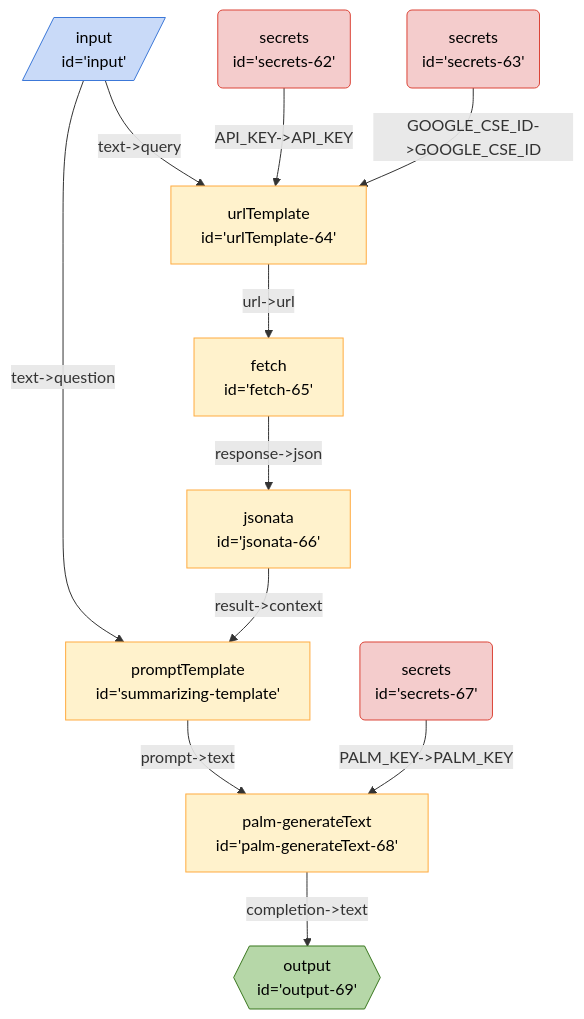
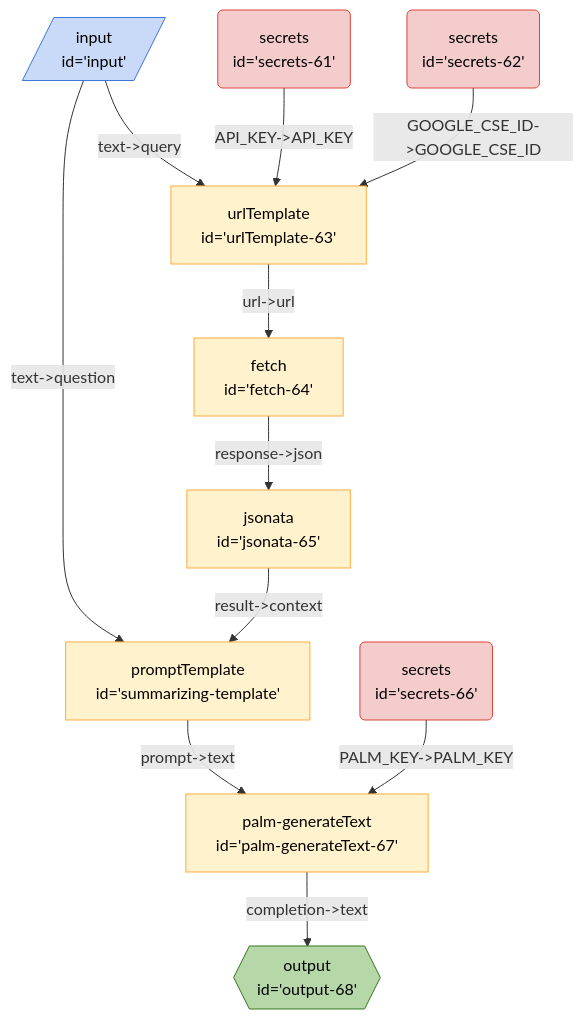
Before and after one commit to breadboard-ai/breadboard: the diagram in seeds/breadboard-web/docs/graphs/new/search-summarize.md, drawn with Mermaid. The commit also changed 16 other files, not shown here.

First line of the commit message:
[syntax] action, input, output accept Zod types

````diff
--- a/seeds/breadboard-web/docs/graphs/new/search-summarize.md
+++ b/seeds/breadboard-web/docs/graphs/new/search-summarize.md
@@ -3,22 +3,22 @@
 ```mermaid
 %%{init: 'themeVariables': { 'fontFamily': 'Fira Code, monospace' }}%%
 graph TD;
-palmgenerateText68["palm-generateText <br> id='palm-generateText-68'"] -- "completion->text" --> output69{{"output <br> id='output-69'"}}:::output
-summarizingtemplate["promptTemplate <br> id='summarizing-template'"] -- "prompt->text" --> palmgenerateText68["palm-generateText <br> id='palm-generateText-68'"]
-secrets67("secrets <br> id='secrets-67'"):::secrets -- "PALM_KEY->PALM_KEY" --> palmgenerateText68["palm-generateText <br> id='palm-generateText-68'"]
-input[/"input <br> id='input'"/]:::input -- "text->query" --> urlTemplate64["urlTemplate <br> id='urlTemplate-64'"]
+palmgenerateText67["palm-generateText <br> id='palm-generateText-67'"] -- "completion->text" --> output68{{"output <br> id='output-68'"}}:::output
+summarizingtemplate["promptTemplate <br> id='summarizing-template'"] -- "prompt->text" --> palmgenerateText67["palm-generateText <br> id='palm-generateText-67'"]
+secrets66("secrets <br> id='secrets-66'"):::secrets -- "PALM_KEY->PALM_KEY" --> palmgenerateText67["palm-generateText <br> id='palm-generateText-67'"]
+input[/"input <br> id='input'"/]:::input -- "text->query" --> urlTemplate63["urlTemplate <br> id='urlTemplate-63'"]
 input[/"input <br> id='input'"/]:::input -- "text->question" --> summarizingtemplate["promptTemplate <br> id='summarizing-template'"]
-jsonata66["jsonata <br> id='jsonata-66'"] -- "result->context" --> summarizingtemplate["promptTemplate <br> id='summarizing-template'"]
-urlTemplate64["urlTemplate <br> id='urlTemplate-64'"] -- "url->url" --> fetch65["fetch <br> id='fetch-65'"]
-fetch65["fetch <br> id='fetch-65'"] -- "response->json" --> jsonata66["jsonata <br> id='jsonata-66'"]
-secrets62("secrets <br> id='secrets-62'"):::secrets -- "API_KEY->API_KEY" --> urlTemplate64["urlTemplate <br> id='urlTemplate-64'"]
-secrets63("secrets <br> id='secrets-63'"):::secrets -- "GOOGLE_CSE_ID->GOOGLE_CSE_ID" --> urlTemplate64["urlTemplate <br> id='urlTemplate-64'"]
+jsonata65["jsonata <br> id='jsonata-65'"] -- "result->context" --> summarizingtemplate["promptTemplate <br> id='summarizing-template'"]
+urlTemplate63["urlTemplate <br> id='urlTemplate-63'"] -- "url->url" --> fetch64["fetch <br> id='fetch-64'"]
+fetch64["fetch <br> id='fetch-64'"] -- "response->json" --> jsonata65["jsonata <br> id='jsonata-65'"]
+secrets61("secrets <br> id='secrets-61'"):::secrets -- "API_KEY->API_KEY" --> urlTemplate63["urlTemplate <br> id='urlTemplate-63'"]
+secrets62("secrets <br> id='secrets-62'"):::secrets -- "GOOGLE_CSE_ID->GOOGLE_CSE_ID" --> urlTemplate63["urlTemplate <br> id='urlTemplate-63'"]
 classDef default stroke:#ffab40,fill:#fff2ccff,color:#000
 classDef input stroke:#3c78d8,fill:#c9daf8ff,color:#000
 classDef output stroke:#38761d,fill:#b6d7a8ff,color:#000
 classDef passthrough stroke:#a64d79,fill:#ead1dcff,color:#000
 classDef slot stroke:#a64d79,fill:#ead1dcff,color:#000
 classDef config stroke:#a64d79,fill:#ead1dcff,color:#000
 classDef secrets stroke:#db4437,fill:#f4cccc,color:#000
 classDef slotted stroke:#a64d79
 ```
````
